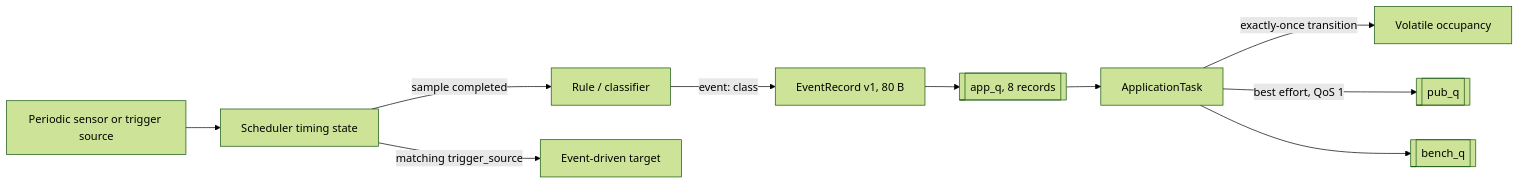
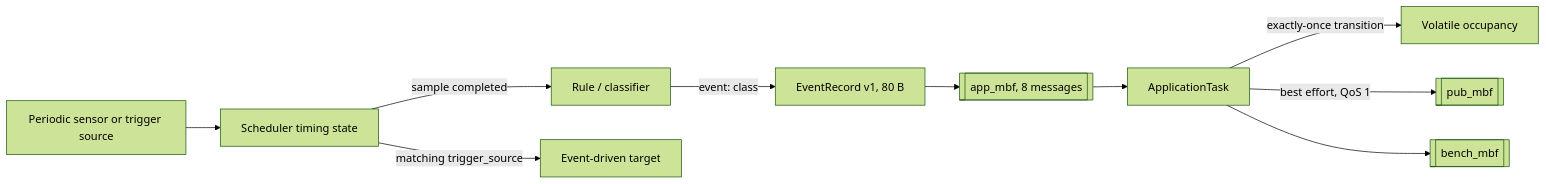
The sixth of 6 diagrams in ARCHITECTURE.md (junyonggoh2004/EMBSYS-P2-AAI15), drawn with Mermaid (forest theme) before and after one commit. The commit also changed other lines of this file and 3 other files, not shown here.

````diff
--- a/ARCHITECTURE.md
+++ b/ARCHITECTURE.md
@@ -314,12 +314,12 @@
 ```mermaid
 flowchart LR
     SRC["Periodic sensor or trigger source"] --> SCH["Scheduler timing state"]
     SCH -->|"sample completed"| RULE["Rule / classifier"]
     SCH -->|"matching trigger_source"| TARGET["Event-driven target"]
     RULE -->|"event: class"| ER["EventRecord v1, 80 B"]
-    ER --> AQ[["app_q, 8 records"]]
+    ER --> AQ[["app_mbf, 8 messages"]]
     AQ --> APP["ApplicationTask"]
     APP -->|"exactly-once transition"| OCC["Volatile occupancy"]
-    APP -->|"best effort, QoS 1"| PQ[["pub_q"]]
-    APP --> BQ[["bench_q"]]
+    APP -->|"best effort, QoS 1"| PQ[["pub_mbf"]]
+    APP --> BQ[["bench_mbf"]]
 ```
````
